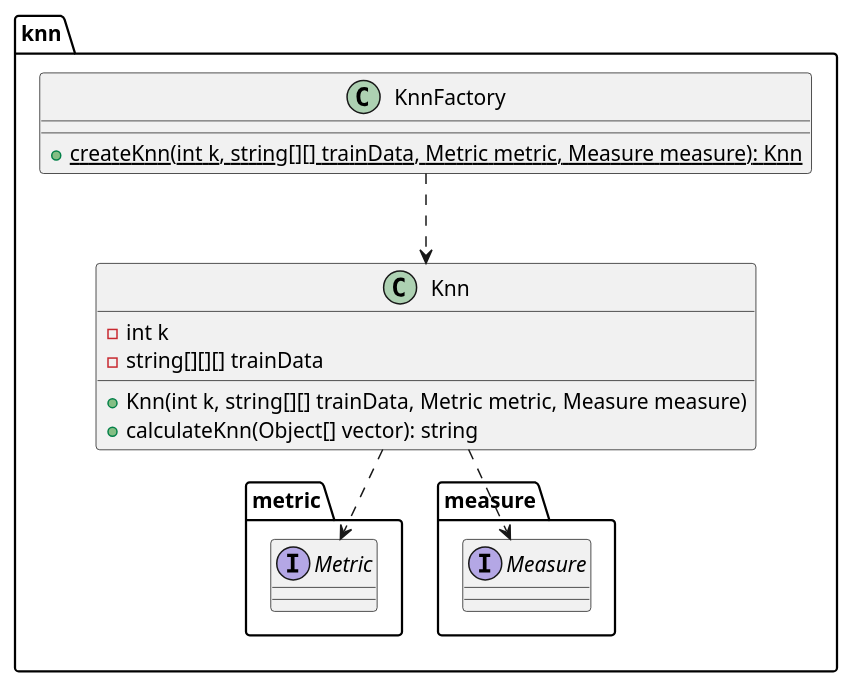
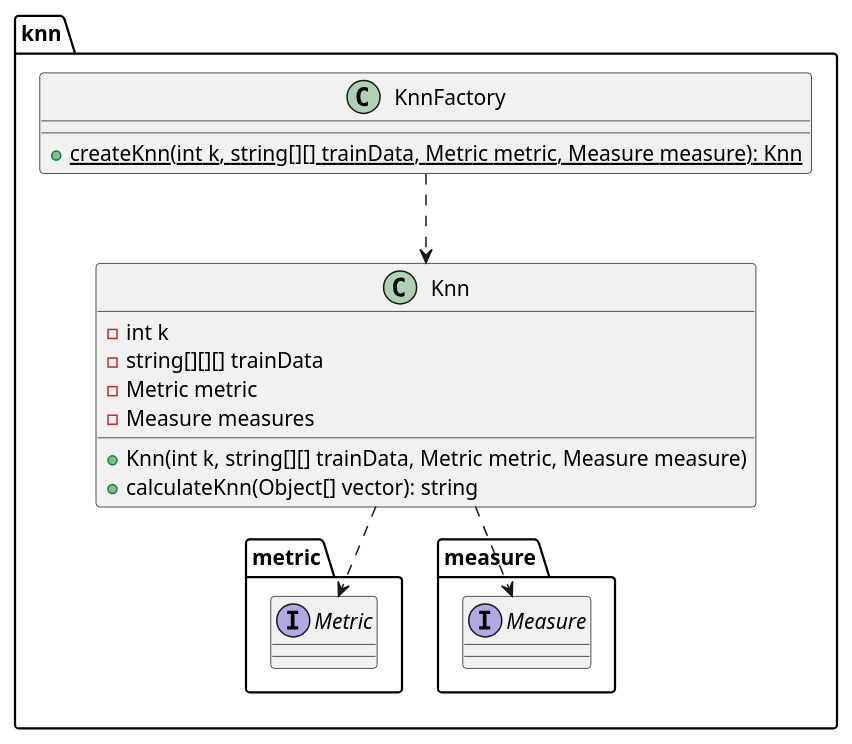
Before and after one commit to kambed/Computer-Recognition-Systems: the seventh of 10 diagrams in README.md, drawn with PlantUML. The commit also changed 3 other files, not shown here.

````diff
--- a/README.md
+++ b/README.md
@@ -308,23 +308,25 @@
 ```plantuml
 package knn {
     class Knn {
         - int k
         - string[][][] trainData
+        - Metric metric
+        - Measure measures
         + Knn(int k, string[][] trainData, Metric metric, Measure measure)
         + calculateKnn(Object[] vector): string
     }
     class KnnFactory {
         + {static} createKnn(int k, string[][] trainData, Metric metric, Measure measure): Knn
     }
    KnnFactory ..> Knn
    
     package metric {
         interface Metric
         Knn ..> Metric
     }
     package measure {
         interface Measure
         Knn ..> Measure
     }
 }
 ```
````
